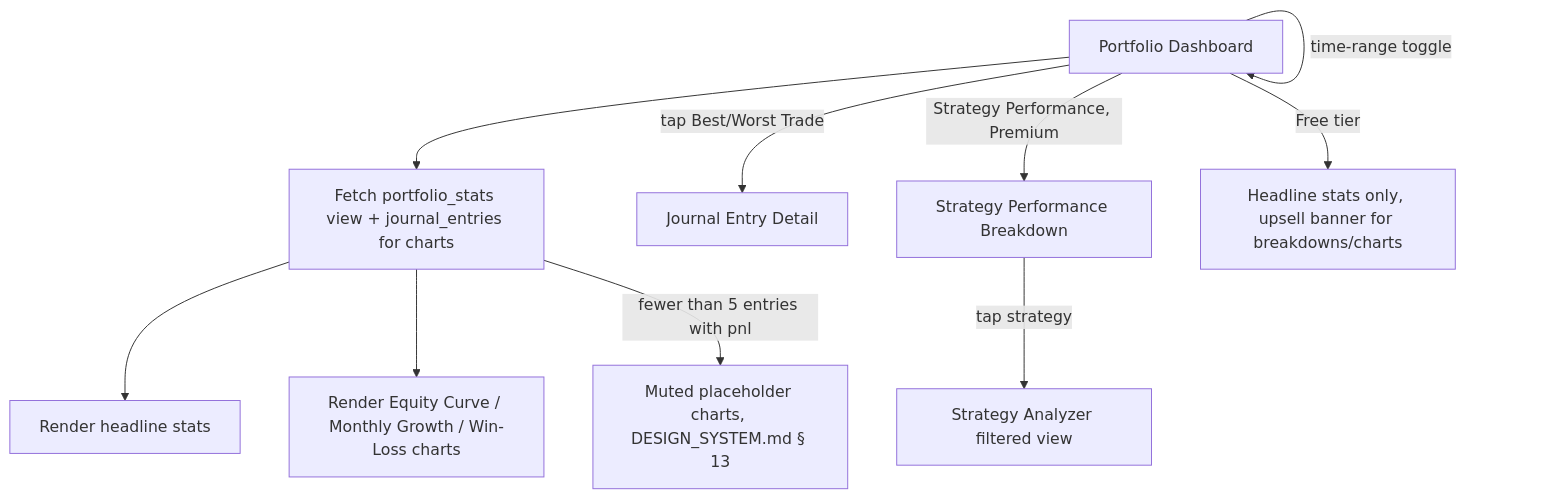
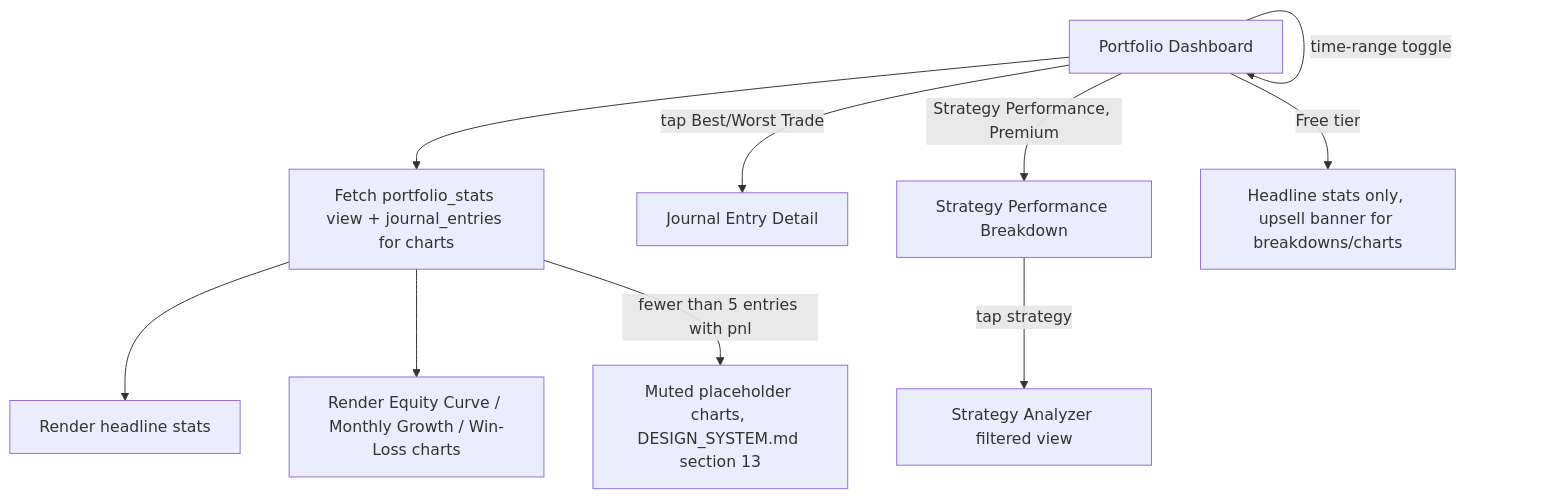
One commit to NK2552003/TradeX changed the eighth of 14 diagrams in docs_/03-design/SCREENS_AND_FLOWS.md. Above: the diagram before and after it, drawn with Mermaid. The commit also changed other lines of this file and 365 other files, not shown here.

````diff
--- a/docs_/03-design/SCREENS_AND_FLOWS.md
+++ b/docs_/03-design/SCREENS_AND_FLOWS.md
@@ -259,12 +259,12 @@
 ```mermaid
 flowchart TD
     A[Portfolio Dashboard] --> B[Fetch portfolio_stats view + journal_entries for charts]
     B --> C[Render headline stats]
     B --> D[Render Equity Curve / Monthly Growth / Win-Loss charts]
-    B -->|fewer than 5 entries with pnl| E2[Muted placeholder charts, DESIGN_SYSTEM.md § 13]
+    B -->|fewer than 5 entries with pnl| E2[Muted placeholder charts, DESIGN_SYSTEM.md section 13]
     A -->|tap Best/Worst Trade| E[Journal Entry Detail]
     A -->|Strategy Performance, Premium| F[Strategy Performance Breakdown]
     F -->|tap strategy| G[Strategy Analyzer filtered view]
     A -->|Free tier| H[Headline stats only, upsell banner for breakdowns/charts]
     A -->|time-range toggle| A
 ```
````
